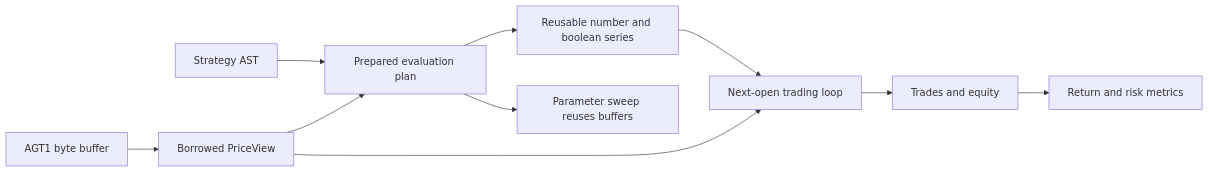
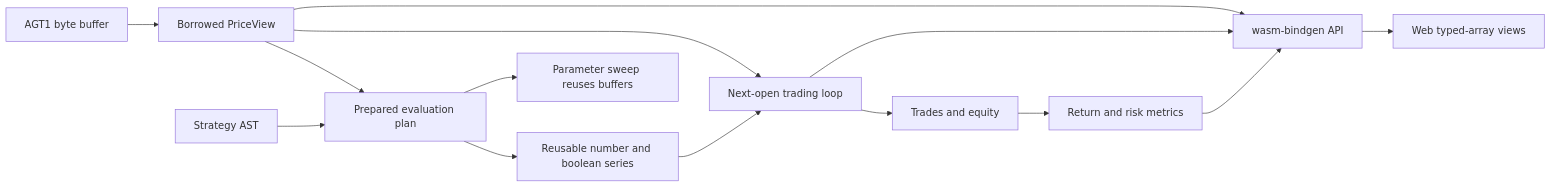
Before and after one commit to YashOnGit7/AlgoTrace: the diagram in engine/README.md, drawn with Mermaid. The commit also changed other lines of this file and 14 other files, not shown here.

Commit message:
Phase 2 part A: WASM API, browser check pending

````diff
--- a/engine/README.md
+++ b/engine/README.md
@@ -6,12 +6,16 @@
 ```mermaid
 flowchart LR
   Bytes[AGT1 byte buffer] --> View[Borrowed PriceView]
   AST[Strategy AST] --> Plan[Prepared evaluation plan]
   View --> Plan
   Plan --> Signals[Reusable number and boolean series]
   Signals --> Trading[Next-open trading loop]
   View --> Trading
   Trading --> Output[Trades and equity]
   Output --> Metrics[Return and risk metrics]
   Plan --> Sweep[Parameter sweep reuses buffers]
+  View --> WasmApi[wasm-bindgen API]
+  Trading --> WasmApi
+  Metrics --> WasmApi
+  WasmApi --> Browser[Web typed-array views]
 ```
````
